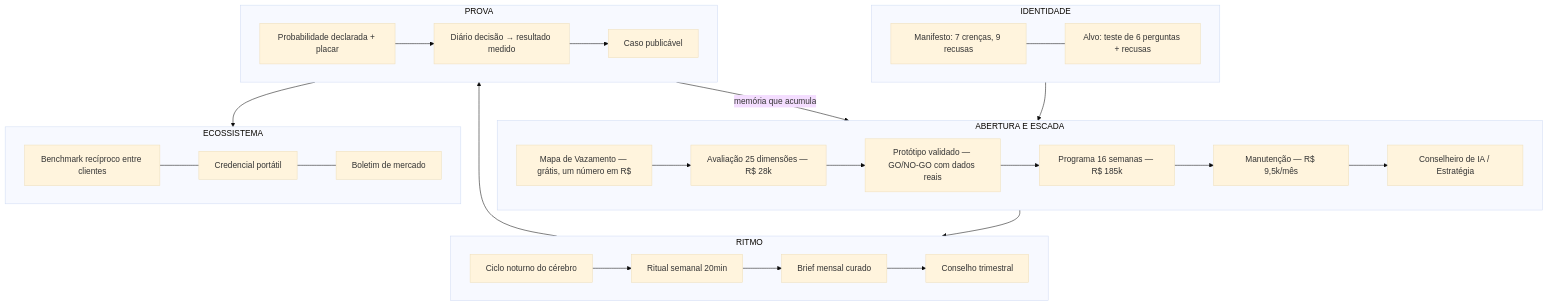
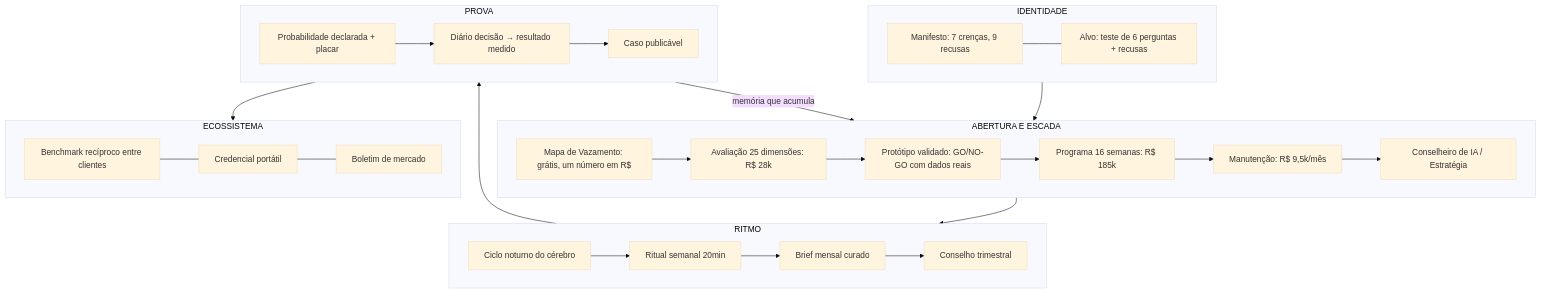
One commit to DanielMoraesCoca/abba-ops changed the diagram in 00-identidade/mapa-da-abba.md. Above: the diagram before and after it, drawn with Mermaid (base theme). The commit also changed other lines of this file and 110 other files, not shown here.

````diff
--- a/00-identidade/mapa-da-abba.md
+++ b/00-identidade/mapa-da-abba.md
@@ -19,26 +19,26 @@
 ```mermaid
 flowchart TD
     subgraph IDENTIDADE
         M[Manifesto: 7 crenças, 9 recusas] --- A[Alvo: teste de 6 perguntas + recusas]
     end
     subgraph FUNIL["ABERTURA E ESCADA"]
-        MV[Mapa de Vazamento — grátis, um número em R$] --> AV[Avaliação 25 dimensões — R$ 28k]
-        AV --> PT[Protótipo validado — GO/NO-GO com dados reais]
-        PT --> PR[Programa 16 semanas — R$ 185k]
-        PR --> MA[Manutenção — R$ 9,5k/mês]
+        MV[Mapa de Vazamento: grátis, um número em R$] --> AV[Avaliação 25 dimensões: R$ 28k]
+        AV --> PT[Protótipo validado: GO/NO-GO com dados reais]
+        PT --> PR[Programa 16 semanas: R$ 185k]
+        PR --> MA[Manutenção: R$ 9,5k/mês]
         MA --> CO[Conselheiro de IA / Estratégia]
     end
     subgraph RITMO
         S[Ritual semanal 20min] --> BM[Brief mensal curado] --> CT[Conselho trimestral] 
         N[Ciclo noturno do cérebro] --> S
     end
     subgraph PROVA
         D[Diário decisão → resultado medido] --> PC[Caso publicável]
         CAL[Probabilidade declarada + placar] --> D
     end
     subgraph ECOSSISTEMA
         BE[Benchmark recíproco entre clientes] --- CR[Credencial portátil] --- BO[Boletim de mercado]
     end
     IDENTIDADE --> FUNIL --> RITMO --> PROVA --> ECOSSISTEMA
     PROVA -->|memória que acumula| FUNIL
 ```
````
